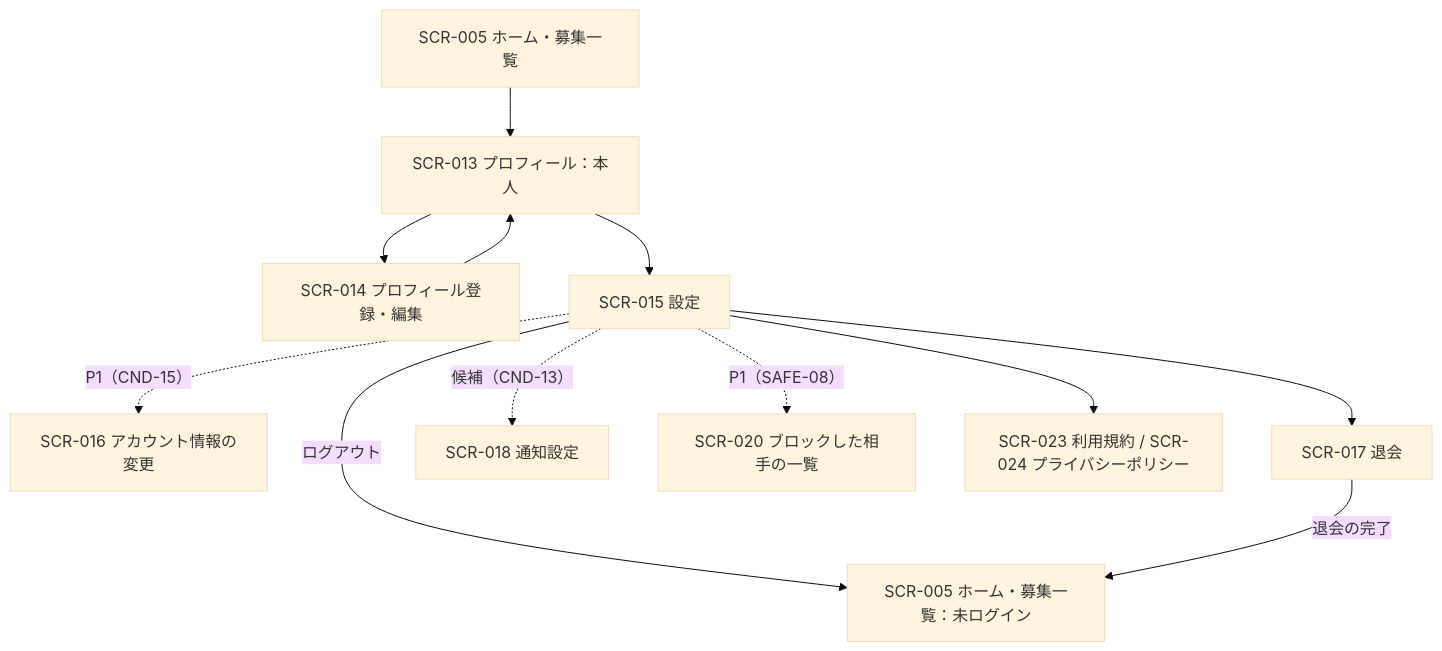
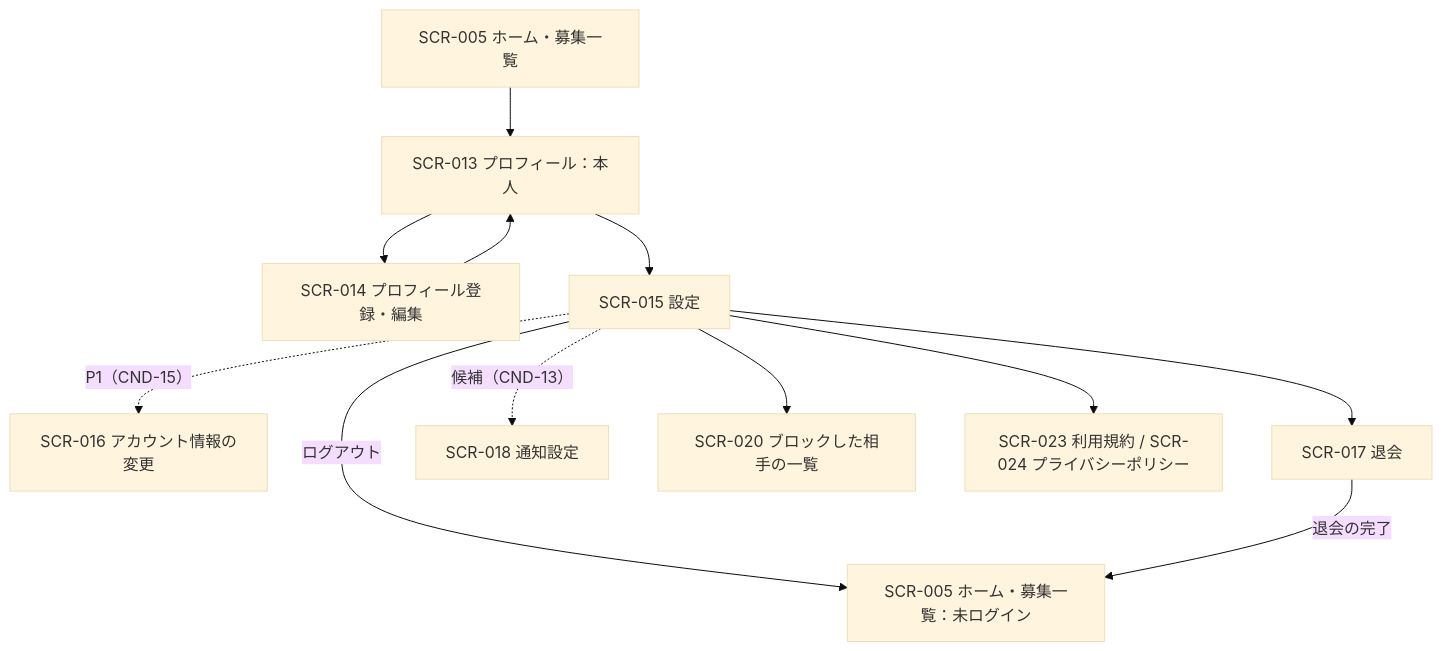
The fifth of 8 diagrams in docs/10_画面一覧.md (sysnovastudio-byte/nagoya-volleyball-matching), drawn with Mermaid (base theme) before and after one commit. The commit also changed other lines of this file and 9 other files, not shown here.

````diff
--- a/docs/10_画面一覧.md
+++ b/docs/10_画面一覧.md
@@ -342,14 +341,14 @@
 ```mermaid
 flowchart TD
     E0["SCR-005 ホーム・募集一覧"] --> E1["SCR-013 プロフィール：本人"]
     E1 --> E2["SCR-014 プロフィール登録・編集"]
     E2 --> E1
     E1 --> E3["SCR-015 設定"]
     E3 -->|"ログアウト"| E4["SCR-005 ホーム・募集一覧：未ログイン"]
     E3 -.->|"P1（CND-15）"| E5["SCR-016 アカウント情報の変更"]
     E3 --> E6["SCR-017 退会"]
     E3 -.->|"候補（CND-13）"| E7["SCR-018 通知設定"]
-    E3 -.->|"P1（SAFE-08）"| E8["SCR-020 ブロックした相手の一覧"]
+    E3 --> E8["SCR-020 ブロックした相手の一覧"]
     E3 --> E9["SCR-023 利用規約 / SCR-024 プライバシーポリシー"]
     E6 -->|"退会の完了"| E4
 ```
````
